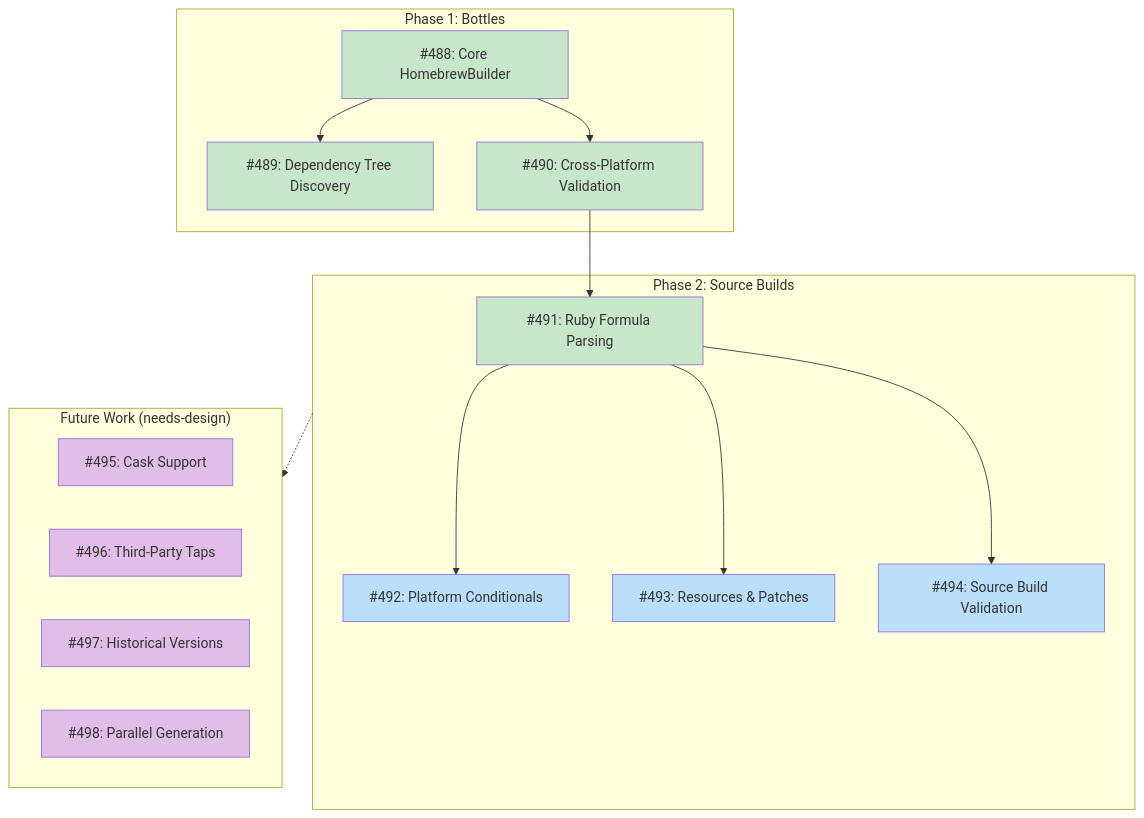
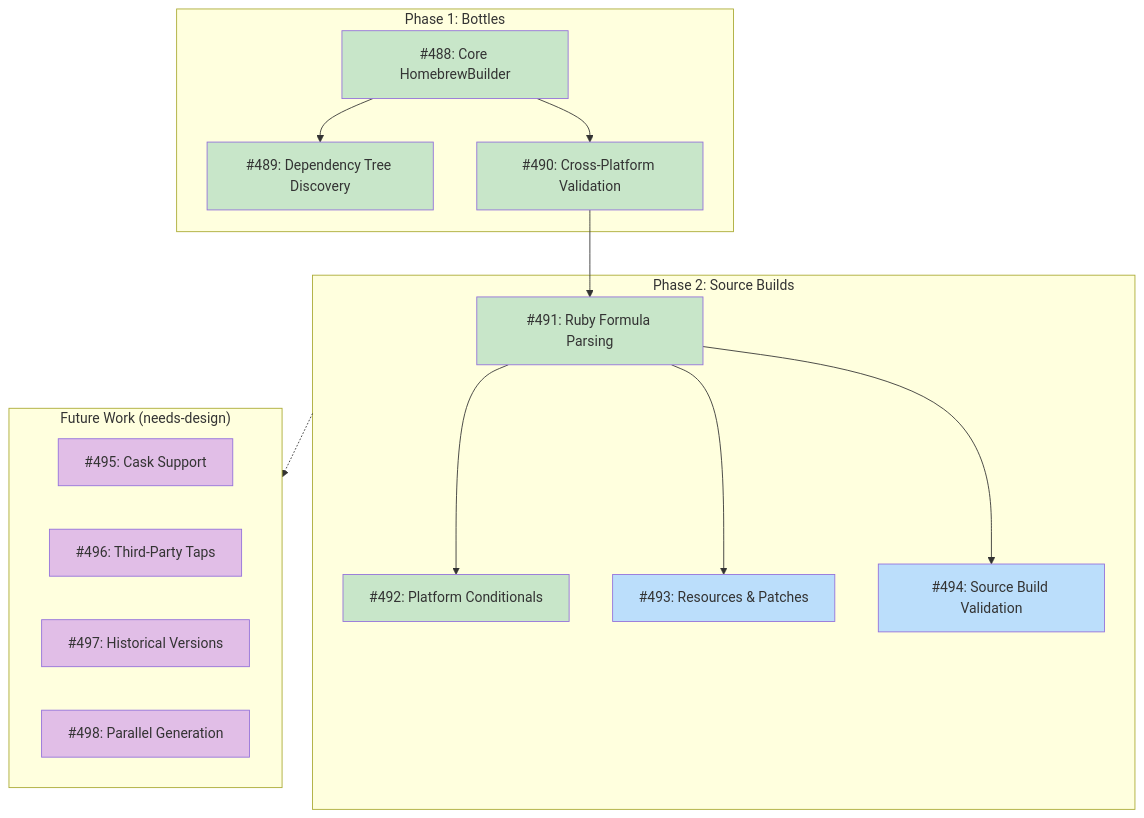
One commit to tsukumogami/tsuku changed the diagram in docs/DESIGN-homebrew-builder.md. Above: the diagram before and after it, drawn with Mermaid. The commit also changed 2 other files, not shown here.

Commit message:
feat(builders): handle platform conditionals in homebrew source builds (#513)
## Summary

- Extends HomebrewBuilder to handle platform-conditional steps in source
builds
- LLM can now analyze Ruby formula `on_macos`, `on_linux`, `on_arm`,
`on_intel` blocks
- Generates recipe steps with appropriate `when` clauses for
platform-specific actions

## Test plan

- [x] Unit tests verify validation of platform keys (macos, linux,
arm64, amd64)
- [x] Unit tests verify `platformKeyToWhen` conversion
- [x] Unit tests verify step generation with `When` clauses
- [x] All existing builder tests pass

Fixes #492

````diff
--- a/docs/DESIGN-homebrew-builder.md
+++ b/docs/DESIGN-homebrew-builder.md
@@ -11,39 +11,39 @@
 ```mermaid
 graph TD
     subgraph Phase1["Phase 1: Bottles"]
         A488["#488: Core HomebrewBuilder"]
         A489["#489: Dependency Tree Discovery"]
         A490["#490: Cross-Platform Validation"]
     end
 
     subgraph Phase2["Phase 2: Source Builds"]
         A491["#491: Ruby Formula Parsing"]
         A492["#492: Platform Conditionals"]
         A493["#493: Resources & Patches"]
         A494["#494: Source Build Validation"]
     end
 
     subgraph Future["Future Work (needs-design)"]
         A495["#495: Cask Support"]
         A496["#496: Third-Party Taps"]
         A497["#497: Historical Versions"]
         A498["#498: Parallel Generation"]
     end
 
     A488 --> A489
     A488 --> A490
     A490 --> A491
     A491 --> A492
     A491 --> A493
     A491 --> A494
     Phase2 -.-> Future
 
     classDef done fill:#c8e6c9
     classDef ready fill:#bbdefb
     classDef blocked fill:#fff9c4
     classDef needsDesign fill:#e1bee7
 
-    class A488,A489,A490,A491 done
-    class A492,A493,A494 ready
+    class A488,A489,A490,A491,A492 done
+    class A493,A494 ready
     class A495,A496,A497,A498 needsDesign
 ```
````
